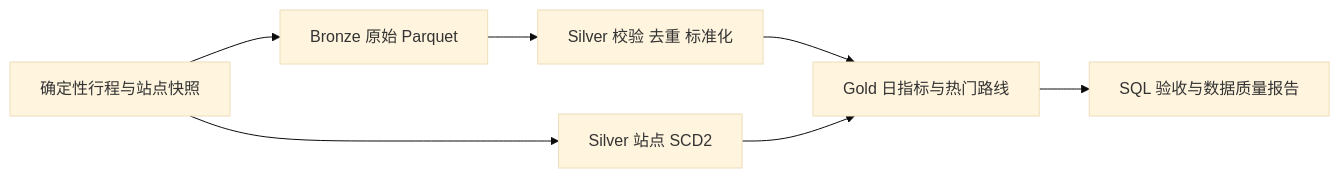
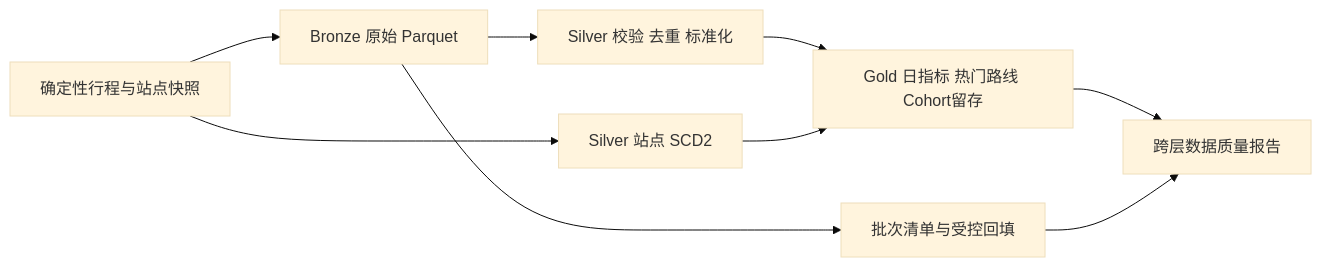
One commit to ZliY221/Offline-lake-warehouse-and-incremental-analysis-of-shared-bikes changed the diagram in README.md. Above: the diagram before and after it, drawn with Mermaid (base theme). The commit also changed other lines of this file and 4 other files, not shown here.

````diff
--- a/README.md
+++ b/README.md
@@ -35,9 +35,11 @@
 ```mermaid
 flowchart LR
     A[确定性行程与站点快照] --> B[Bronze 原始 Parquet]
     B --> C[Silver 校验 去重 标准化]
     A --> D[Silver 站点 SCD2]
-    C --> E[Gold 日指标与热门路线]
+    C --> E[Gold 日指标 热门路线 Cohort留存]
     D --> E
-    E --> F[SQL 验收与数据质量报告]
+    E --> F[跨层数据质量报告]
+    B --> G[批次清单与受控回填]
+    G --> F
 ```
````
